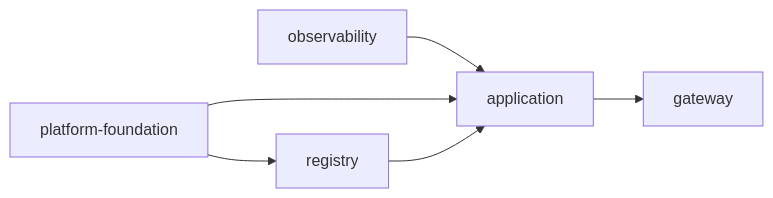
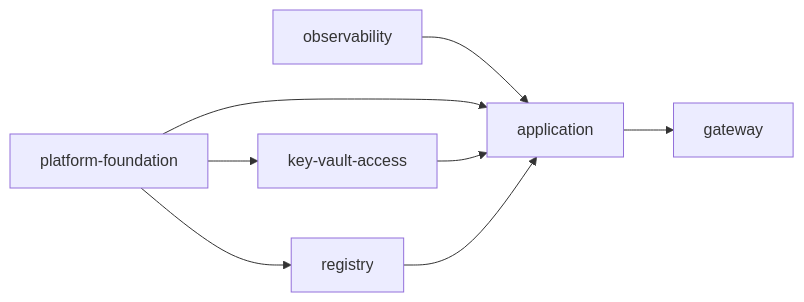
Before and after one commit to MSFT-AI-BUILD-INTERNAL/lgup-m365-mcp: the second of 2 diagrams in docs/azure-deployment-guide.md, drawn with Mermaid. The commit also changed other lines of this file and 14 other files, not shown here.

````diff
--- a/docs/azure-deployment-guide.md
+++ b/docs/azure-deployment-guide.md
@@ -102,8 +100,10 @@
 ```mermaid
 flowchart LR
     OBS[observability] --> APPMOD[application]
-    FND[platform-foundation] --> REG[registry]
+    FND[platform-foundation] --> KV[key-vault-access]
+    FND --> REG[registry]
     FND --> APPMOD
+    KV --> APPMOD
     REG --> APPMOD
     APPMOD --> GW[gateway]
 ```
````
